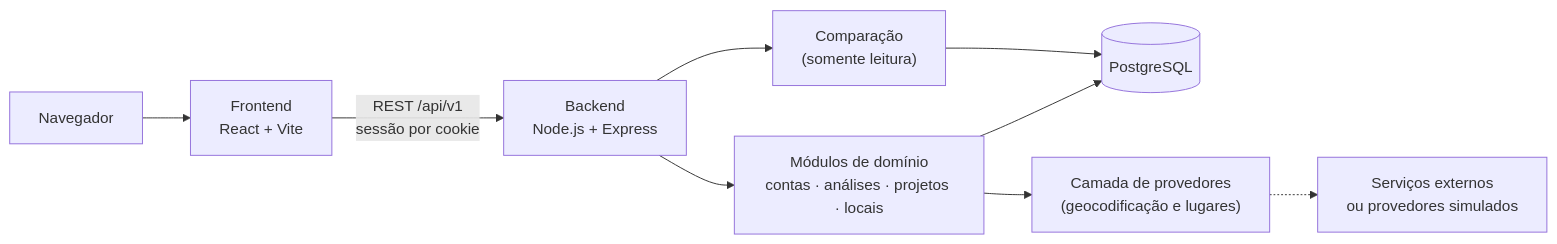
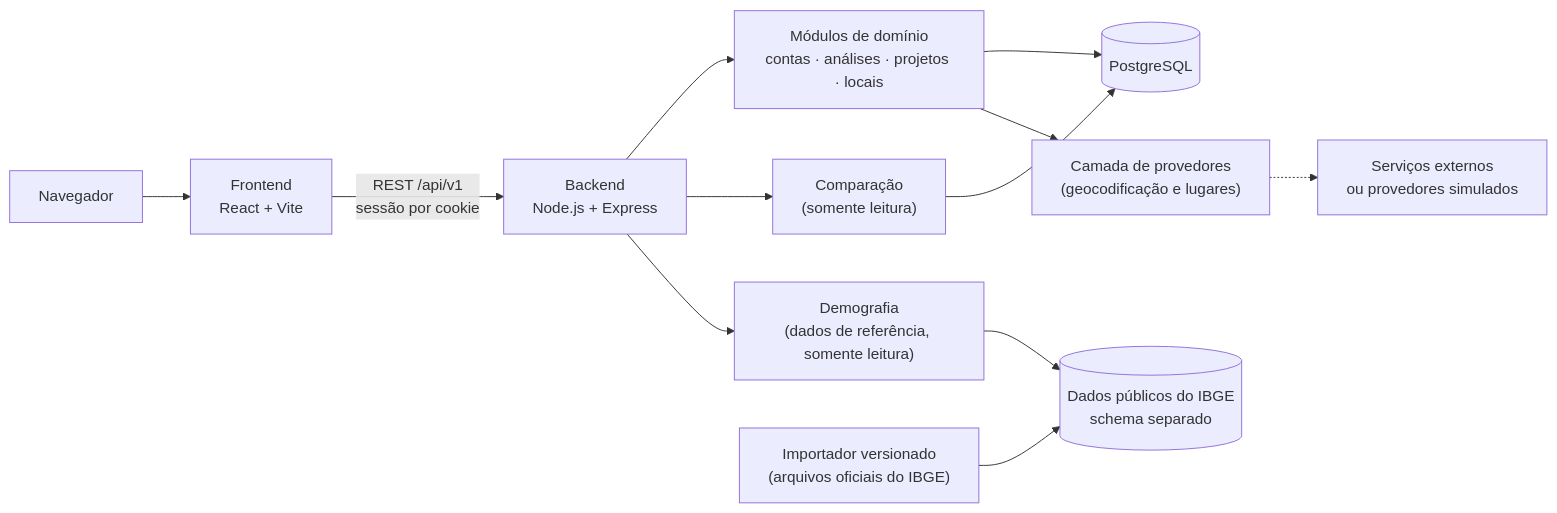
One commit to kelvinsg218/business-location-intelligence-showcase changed the second of 2 diagrams in README.md. Above: the diagram before and after it, drawn with Mermaid. The commit also changed other lines of this file and 12 other files, not shown here.

````diff
--- a/README.md
+++ b/README.md
@@ -84,11 +118,14 @@
 ```mermaid
 flowchart LR
     B["Navegador"] --> F["Frontend<br/>React + Vite"]
     F -->|"REST /api/v1<br/>sessão por cookie"| API["Backend<br/>Node.js + Express"]
     API --> M["Módulos de domínio<br/>contas · análises · projetos · locais"]
     API --> CMP["Comparação<br/>(somente leitura)"]
+    API --> DEM["Demografia<br/>(dados de referência, somente leitura)"]
     M --> DB[("PostgreSQL")]
     CMP --> DB
+    DEM --> REF[("Dados públicos do IBGE<br/>schema separado")]
+    IMP["Importador versionado<br/>(arquivos oficiais do IBGE)"] --> REF
     M --> PR["Camada de provedores<br/>(geocodificação e lugares)"]
     PR -.-> EXT["Serviços externos<br/>ou provedores simulados"]
 ```
````
